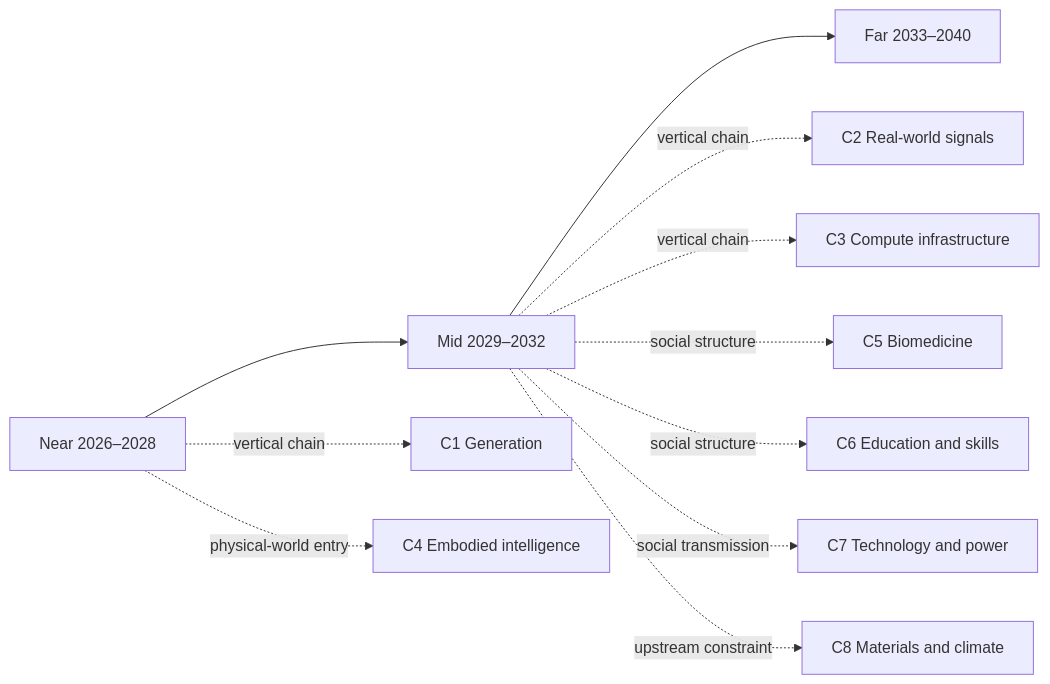
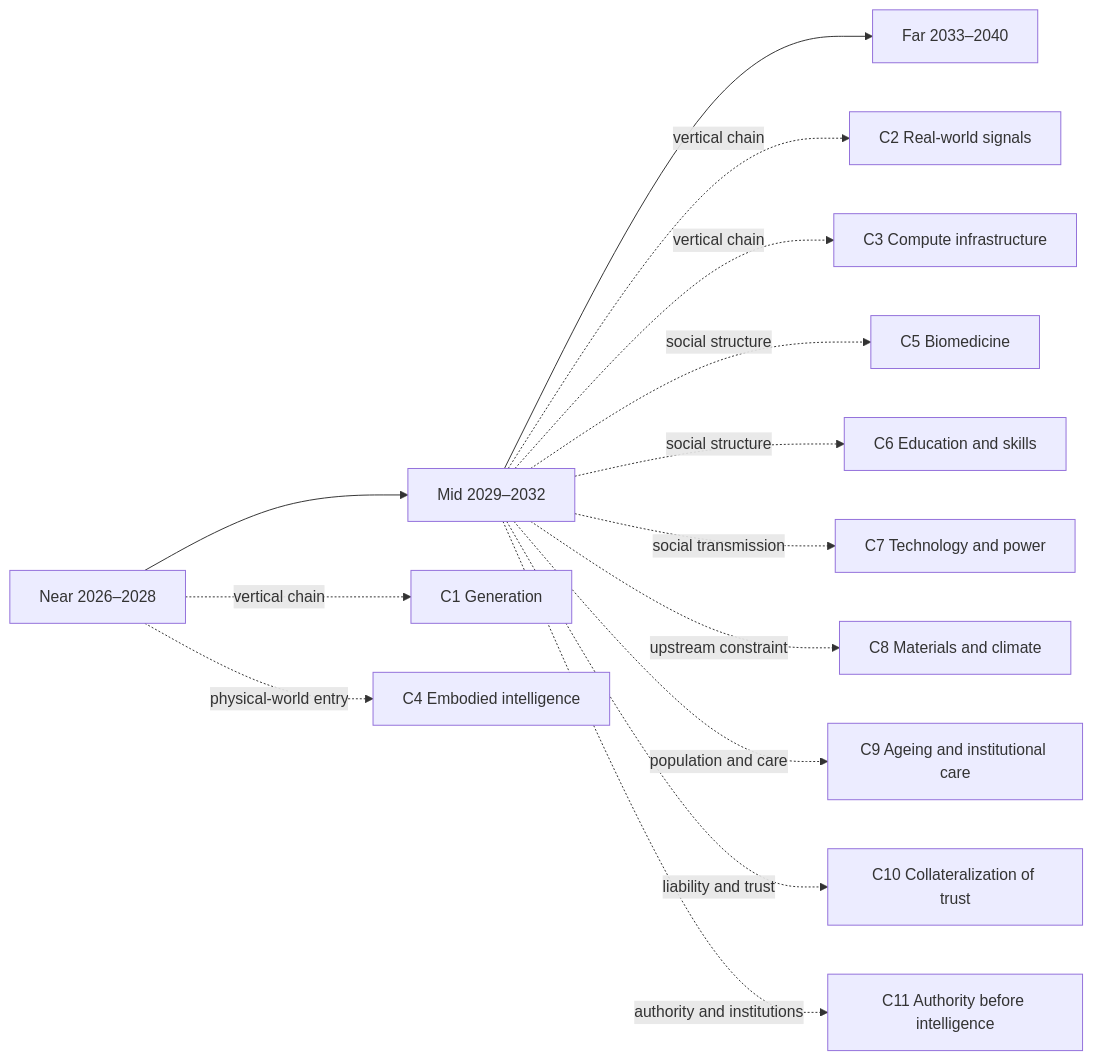
The diagram in docs/en/10-near.md (SenZhangAI/foresight-by-ai), drawn with Mermaid before and after one commit. The commit also changed 1 other file, not shown here.

Commit message:
docs(near): add C9–C11 to the near-term navigation map
The near-term landscape's navigation map stopped at C8, so a reader
entering there saw a map three chains smaller than the one in the
README: C9 (ageing and institutional care), C10 (collateralization of
trust) and C11 (authority before intelligence) were missing. Those are
exactly the chains that carry the non-business, relationship-side
scope — collaboration between people, social relations, the human–AI
relationship — so their absence hid that part of the archive from the
page most readers enter first.

Node set is now C1–C11 in both languages, identical to the README
master map, with the same edge sources and edge labels (all three hang
off the mid layer). No judgment, no coverage claim and no prose was
changed; this is a navigation projection only.

````diff
--- a/docs/en/10-near.md
+++ b/docs/en/10-near.md
@@ -17,13 +17,16 @@
 ```mermaid
 flowchart LR
   N[Near 2026–2028] --> M[Mid 2029–2032]
   M --> F[Far 2033–2040]
   N -.vertical chain.-> C1[C1 Generation]
   M -.vertical chain.-> C2[C2 Real-world signals]
   M -.vertical chain.-> C3[C3 Compute infrastructure]
   N -.physical-world entry.-> C4[C4 Embodied intelligence]
   M -.social structure.-> C5[C5 Biomedicine]
   M -.social structure.-> C6[C6 Education and skills]
   M -.social transmission.-> C7[C7 Technology and power]
   M -.upstream constraint.-> C8[C8 Materials and climate]
+  M -.population and care.-> C9[C9 Ageing and institutional care]
+  M -.liability and trust.-> C10[C10 Collateralization of trust]
+  M -.authority and institutions.-> C11[C11 Authority before intelligence]
 ```
````
